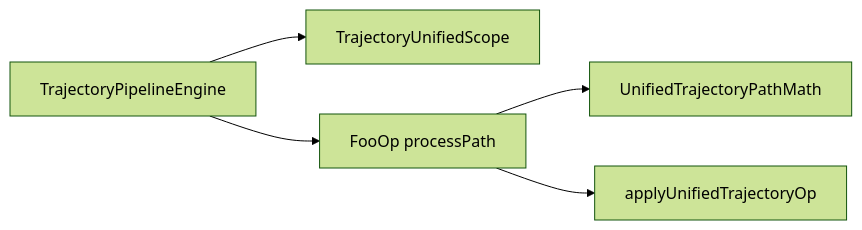
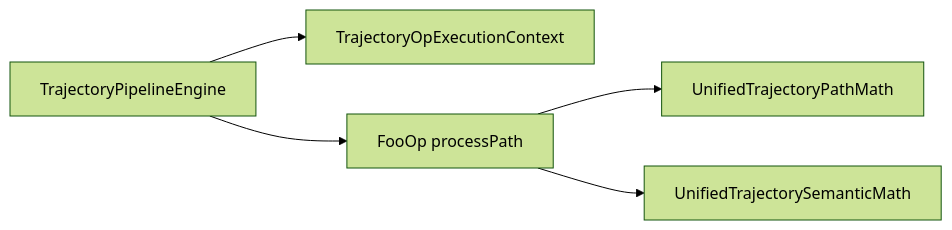
One commit to sanmunejdn/CloudSim changed the diagram in src/Robot/TrajectoryAlgorithmBuiltins/DEVELOPER_GUIDE.md. Above: the diagram before and after it, drawn with Mermaid (forest theme). The commit also changed other lines of this file and 179 other files, not shown here.

````diff
--- a/src/Robot/TrajectoryAlgorithmBuiltins/DEVELOPER_GUIDE.md
+++ b/src/Robot/TrajectoryAlgorithmBuiltins/DEVELOPER_GUIDE.md
@@ -124,13 +119,13 @@
 ```mermaid
 flowchart LR
   Engine[TrajectoryPipelineEngine]
-  Scope[TrajectoryUnifiedScope]
+  Ctx[TrajectoryOpExecutionContext]
   Op[FooOp processPath]
-  Math[UnifiedTrajectoryPathMath]
-  Apply[applyUnifiedTrajectoryOp]
+  PathMath[UnifiedTrajectoryPathMath]
+  SemMath[UnifiedTrajectorySemanticMath]
 
-  Engine --> Scope
+  Engine --> Ctx
   Engine --> Op
-  Op --> Math
-  Op --> Apply
+  Op --> PathMath
+  Op --> SemMath
 ```
````
